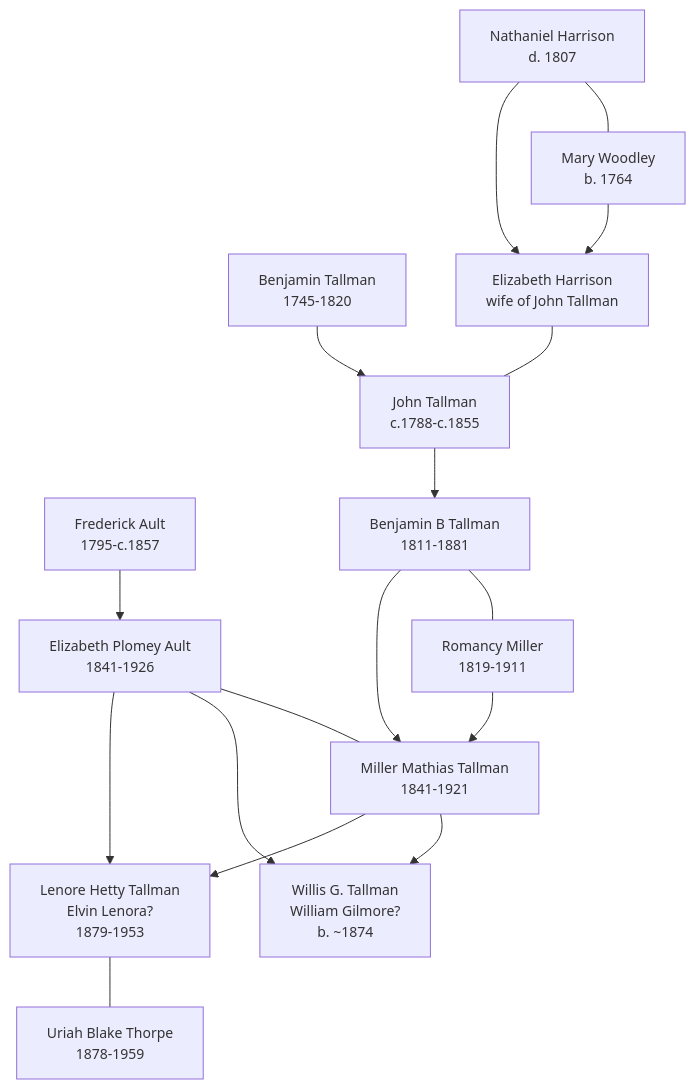
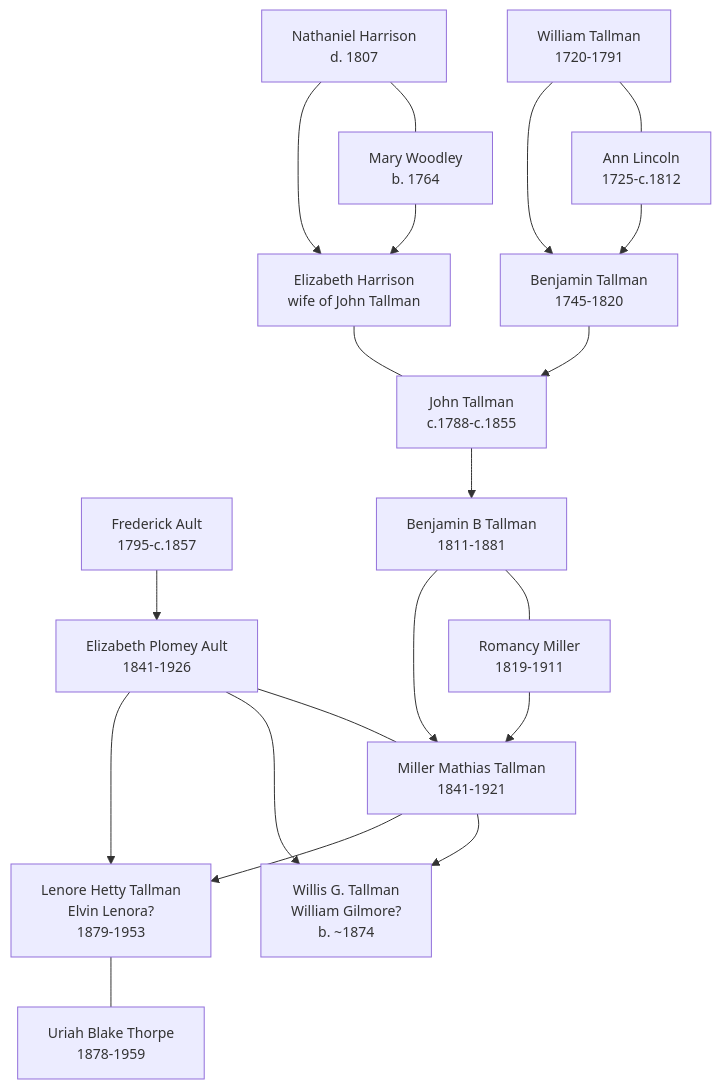
The diagram in Topics/Ault Tallman Branch Summary.md (zcopley/thorpe-family-research), drawn with Mermaid before and after one commit. The commit also changed other lines of this file and 13 other files, not shown here.

````diff
--- a/Topics/Ault Tallman Branch Summary.md
+++ b/Topics/Ault Tallman Branch Summary.md
@@ -16,34 +16,39 @@
 ```mermaid
 %%{init: {'flowchart': {'htmlLabels': true}, 'theme': 'default', 'themeVariables': {'primaryTextColor': '#000000', 'primaryBorderColor': '#333333', 'lineColor': '#333333', 'fontSize': '14px'}}}%%
 graph TD
   FA["Frederick Ault<br/>1795-c.1857"]
   EPA["Elizabeth Plomey Ault<br/>1841-1926"]
   MMT["Miller Mathias Tallman<br/>1841-1921"]
   B1745["Benjamin Tallman<br/>1745-1820"]
   JT["John Tallman<br/>c.1788-c.1855"]
   EH["Elizabeth Harrison<br/>wife of John Tallman"]
   NH["Nathaniel Harrison<br/>d. 1807"]
   MW["Mary Woodley<br/>b. 1764"]
+  WT1720["William Tallman<br/>1720-1791"]
+  AL["Ann Lincoln<br/>1725-c.1812"]
   BT["Benjamin B Tallman<br/>1811-1881"]
   RM["Romancy Miller<br/>1819-1911"]
   WG["Willis G. Tallman<br/>William Gilmore?<br/>b. ~1874"]
   LT["Lenore Hetty Tallman<br/>Elvin Lenora?<br/>1879-1953"]
   UBT["Uriah Blake Thorpe<br/>1878-1959"]
 
   FA --> EPA
   EPA --- MMT
   MMT --> WG
   MMT --> LT
   EPA --> WG
   EPA --> LT
   LT --- UBT
   B1745 --> JT
   NH --- MW
   NH --> EH
   MW --> EH
   EH --- JT
+  WT1720 --- AL
+  WT1720 --> B1745
+  AL --> B1745
   JT --> BT
   BT --- RM
   BT --> MMT
   RM --> MMT
 ```
````
